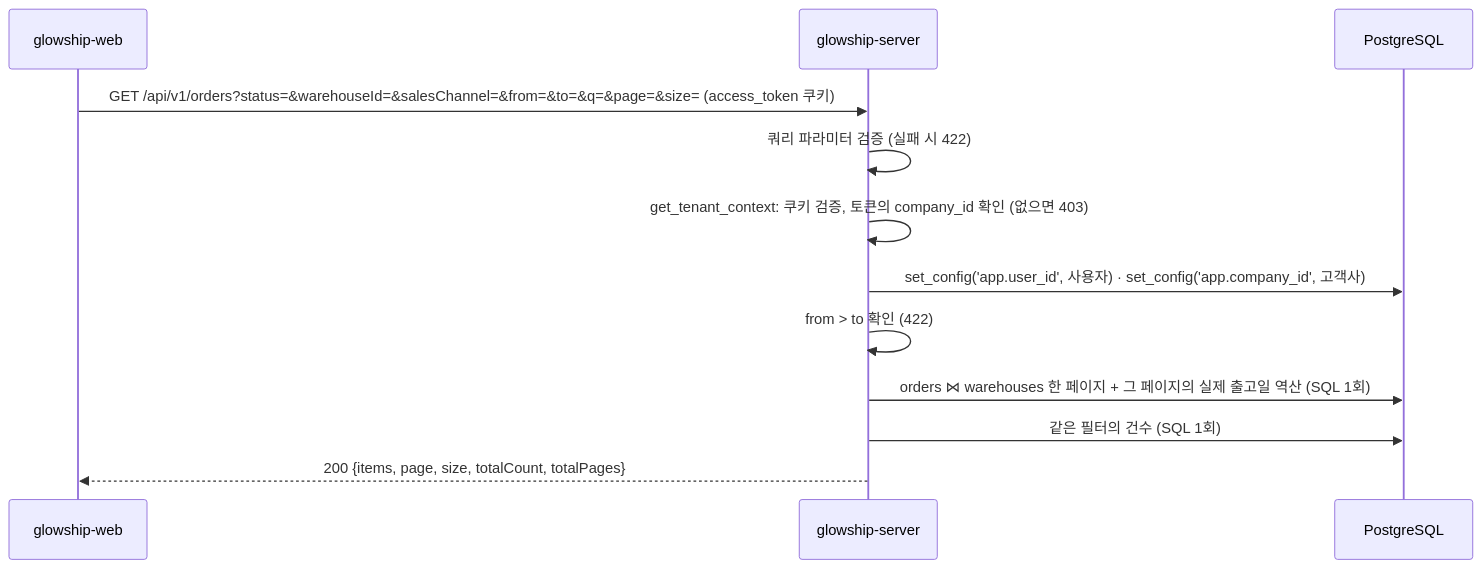
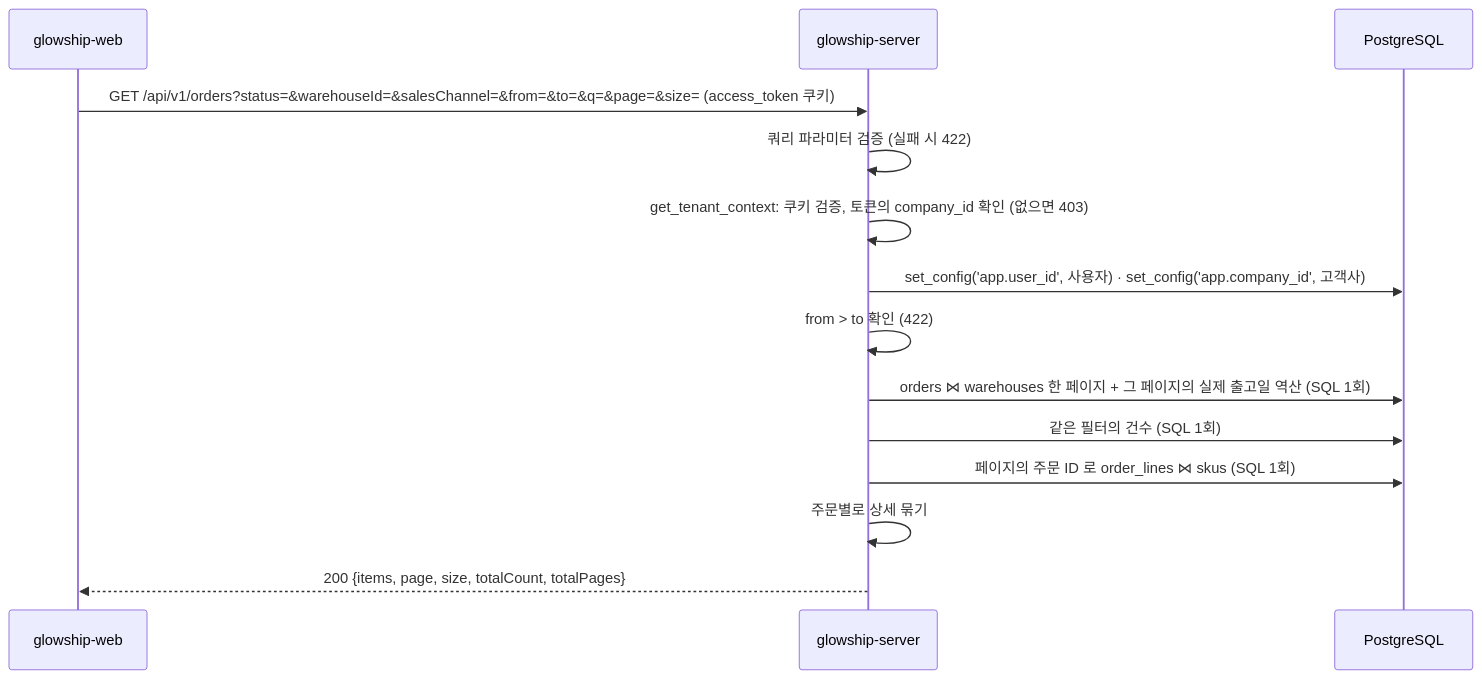
Before and after one commit to K-GlowShip/glowship-server: the diagram in docs/order/order-list.md, drawn with Mermaid. The commit also changed other lines of this file and 9 other files, not shown here.

First line of the commit message:
feat(order): 주문 상세 lines[] 를 명세 4.3 대로 응답에 복원 #GLOW-109

````diff
--- a/docs/order/order-list.md
+++ b/docs/order/order-list.md
@@ -13,15 +11,17 @@
 ```mermaid
 sequenceDiagram
     participant W as glowship-web
     participant S as glowship-server
     participant DB as PostgreSQL
 
     W->>S: GET /api/v1/orders?status=&warehouseId=&salesChannel=&from=&to=&q=&page=&size= (access_token 쿠키)
     S->>S: 쿼리 파라미터 검증 (실패 시 422)
     S->>S: get_tenant_context: 쿠키 검증, 토큰의 company_id 확인 (없으면 403)
     S->>DB: set_config('app.user_id', 사용자) · set_config('app.company_id', 고객사)
     S->>S: from > to 확인 (422)
     S->>DB: orders ⋈ warehouses 한 페이지 + 그 페이지의 실제 출고일 역산 (SQL 1회)
     S->>DB: 같은 필터의 건수 (SQL 1회)
+    S->>DB: 페이지의 주문 ID 로 order_lines ⋈ skus (SQL 1회)
+    S->>S: 주문별로 상세 묶기
     S-->>W: 200 {items, page, size, totalCount, totalPages}
 ```
````
